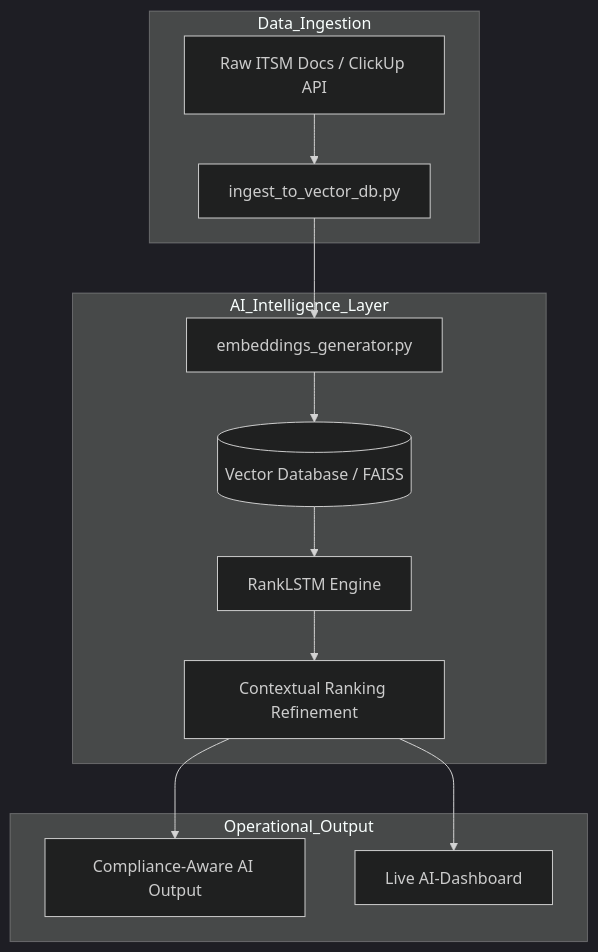
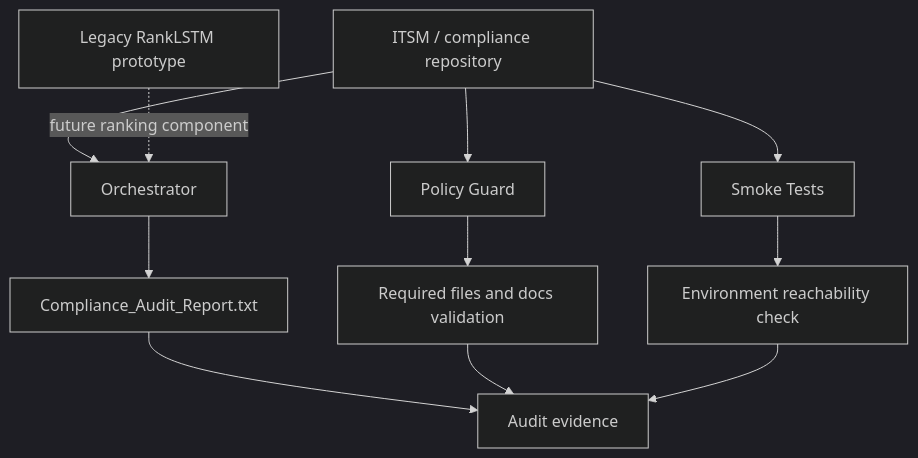
Before and after one commit to JonSil89/AI-ITSM-Compliance-Auto: the diagram in README.md, drawn with Mermaid (dark theme). The commit also changed other lines of this file, not shown here.

Commit message:
Reframe README as realistic compliance automation POC

````diff
--- a/README.md
+++ b/README.md
@@ -33,18 +47,13 @@
 ```mermaid
-graph TD
-    subgraph Data_Ingestion
-    A[Raw ITSM Docs / ClickUp API] --> B[ingest_to_vector_db.py]
-    end
-
-    subgraph AI_Intelligence_Layer
-    B --> C[embeddings_generator.py]
-    C --> D[(Vector Database / FAISS)]
-    D --> E[RankLSTM Engine]
-    E --> F[Contextual Ranking Refinement]
-    end
-    
-    subgraph Operational_Output
-    F --> G[Compliance-Aware AI Output]
-    F --> H[Live AI-Dashboard]
-    end
+flowchart TD
+    A[ITSM / compliance repository] --> B[Policy Guard]
+    A --> C[Orchestrator]
+    A --> D[Smoke Tests]
+    B --> E[Required files and docs validation]
+    C --> F[Compliance_Audit_Report.txt]
+    D --> G[Environment reachability check]
+    H[Legacy RankLSTM prototype] -. future ranking component .-> C
+    F --> I[Audit evidence]
+    E --> I
+    G --> I
 ```
````
